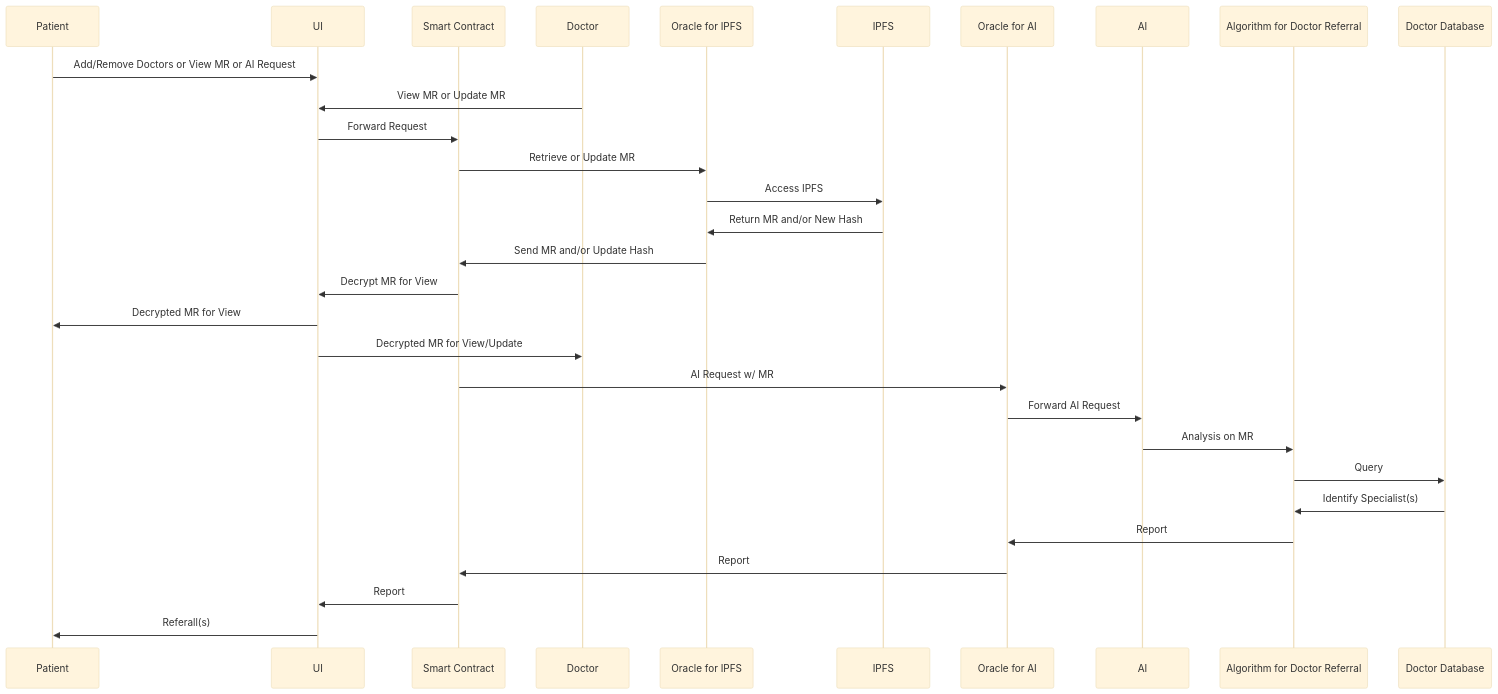
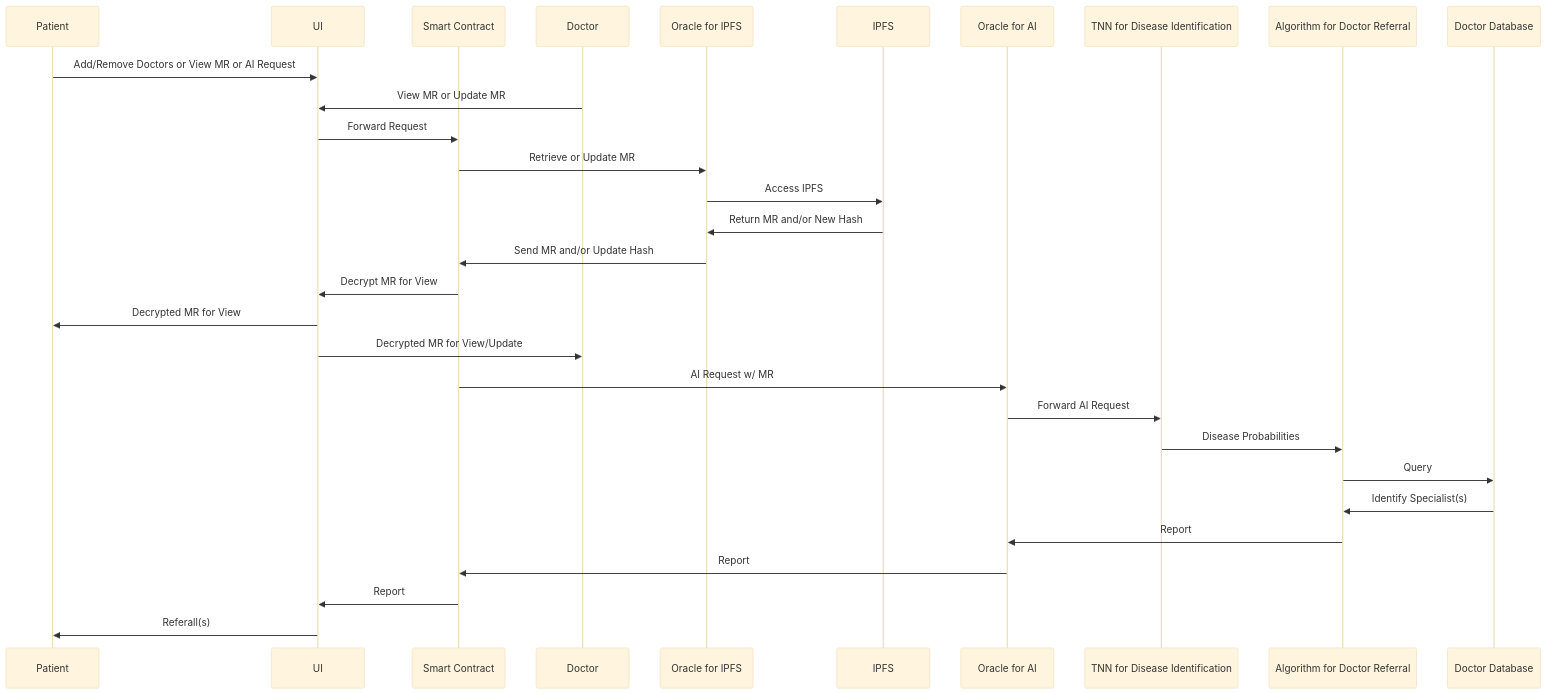
One commit to eltonninja/F23_HealthChain changed the diagram in README.md. Above: the diagram before and after it, drawn with Mermaid (base theme).

Commit message:
Update sequence diagram

````diff
--- a/README.md
+++ b/README.md
@@ -33,33 +33,33 @@
 ```mermaid
 sequenceDiagram
     participant A as Patient
     participant B as UI
     participant C as Smart Contract
     participant Z as Doctor
     participant E1 as Oracle for IPFS
     participant D as IPFS
     participant E as Oracle for AI
-    participant F as AI
+    participant F as TNN for Disease Identification
     participant G as Algorithm for Doctor Referral
     participant H as Doctor Database
 
     A->>B: Add/Remove Doctors or View MR or AI Request
     Z->>B: View MR or Update MR
     B->>C: Forward Request
     C->>E1: Retrieve or Update MR
     E1->>D: Access IPFS
     D->>E1: Return MR and/or New Hash
     E1->>C: Send MR and/or Update Hash
     C->>B: Decrypt MR for View
     B->>A: Decrypted MR for View
     B->>Z: Decrypted MR for View/Update
     C->>E: AI Request w/ MR
     E->>F: Forward AI Request
-    F->>G: Analysis on MR
+    F->>G: Disease Probabilities
     G->>H: Query
     H->>G: Identify Specialist(s)
     G->>E: Report
     E->>C: Report
     C->>B: Report
     B->>A: Referall(s)
 ```
````
